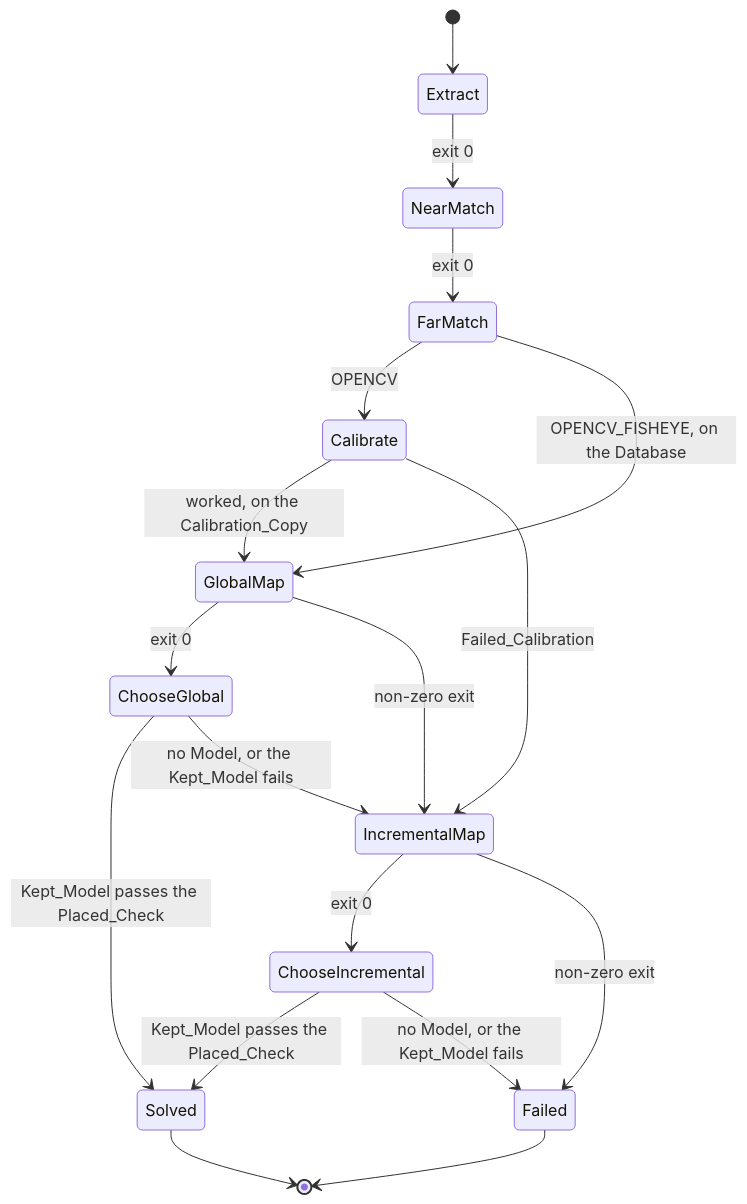
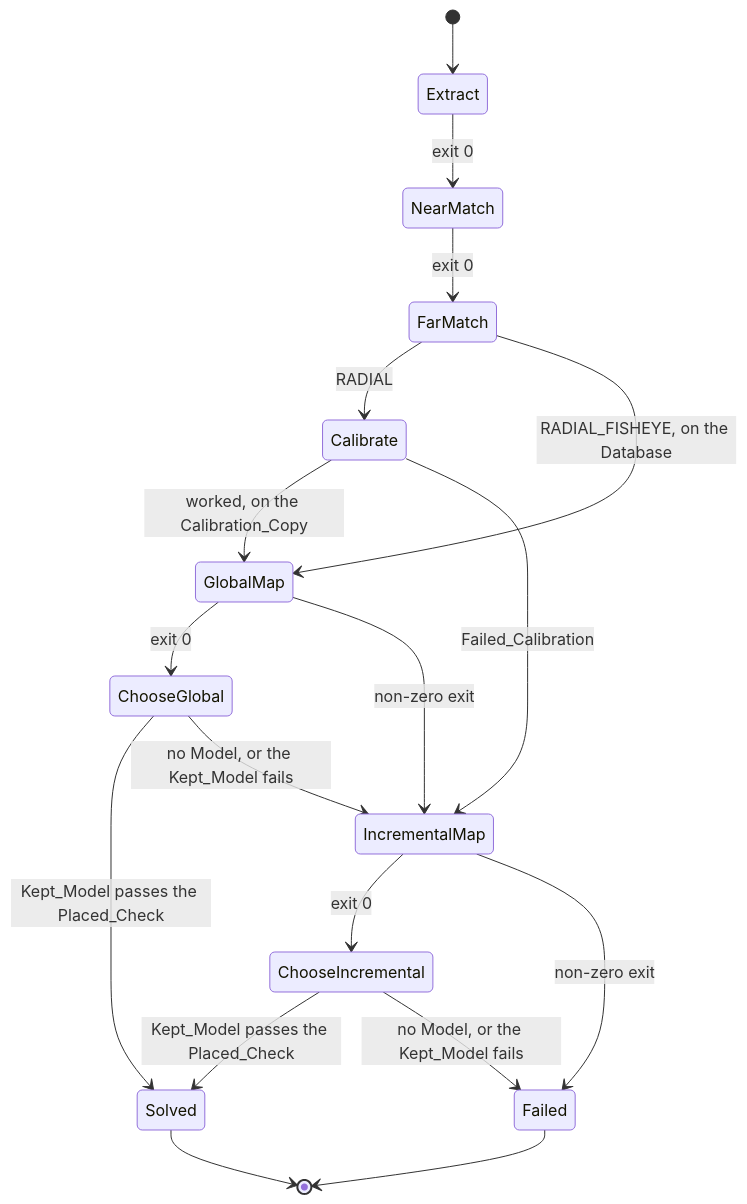
The second of 2 diagrams in .kiro/specs/cameras/design.md (Voxelis-Org/Voxelis-Kiroween), drawn with Mermaid before and after one commit. The commit also changed other lines of this file and 2 other files, not shown here.

Commit message:
Spec: cameras RADIAL camera, true-only refine keys, the cap deadline and the smoke check

````diff
--- a/.kiro/specs/cameras/design.md
+++ b/.kiro/specs/cameras/design.md
@@ -154,20 +177,20 @@
 ```mermaid
 stateDiagram-v2
     [*] --> Extract
     Extract --> NearMatch: exit 0
     NearMatch --> FarMatch: exit 0
-    FarMatch --> Calibrate: OPENCV
-    FarMatch --> GlobalMap: OPENCV_FISHEYE, on the Database
+    FarMatch --> Calibrate: RADIAL
+    FarMatch --> GlobalMap: RADIAL_FISHEYE, on the Database
     Calibrate --> GlobalMap: worked, on the Calibration_Copy
     Calibrate --> IncrementalMap: Failed_Calibration
     GlobalMap --> ChooseGlobal: exit 0
     GlobalMap --> IncrementalMap: non-zero exit
     ChooseGlobal --> Solved: Kept_Model passes the Placed_Check
     ChooseGlobal --> IncrementalMap: no Model, or the Kept_Model fails
     IncrementalMap --> ChooseIncremental: exit 0
     IncrementalMap --> Failed: non-zero exit
     ChooseIncremental --> Solved: Kept_Model passes the Placed_Check
     ChooseIncremental --> Failed: no Model, or the Kept_Model fails
     Solved --> [*]
     Failed --> [*]
 ```
````
